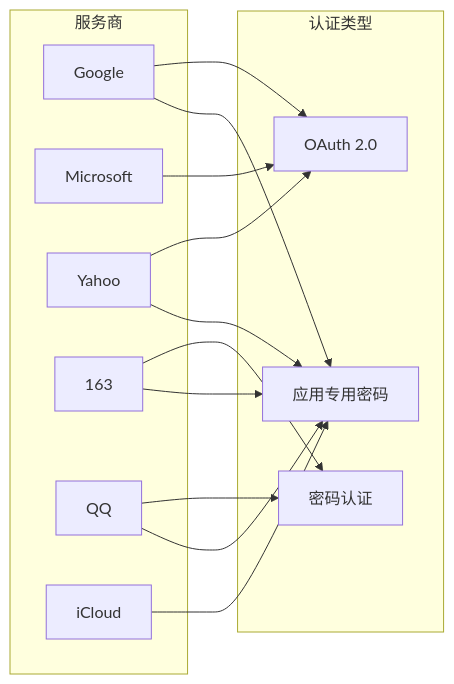
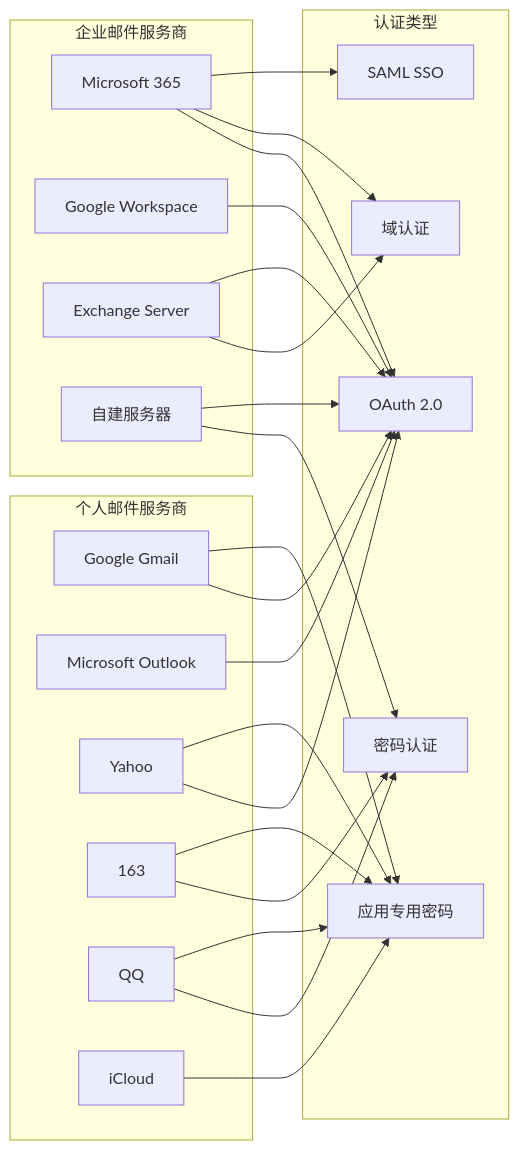
One commit to spartajet/postium-mail changed the fifth of 29 diagrams in docs/mail-flow-engine-design.md. Above: the diagram before and after it, drawn with Mermaid. The commit also changed other lines of this file and 1 other file, not shown here.

First line of the commit message:
Add enterprise email support to mail flow engine design

````diff
--- a/docs/mail-flow-engine-design.md
+++ b/docs/mail-flow-engine-design.md
@@ -269,28 +400,46 @@
 ```mermaid
 graph LR
     subgraph AuthTypes["认证类型"]
         Password[密码认证]
         OAuth2[OAuth 2.0]
         AppPassword[应用专用密码]
+        DomainAuth[域认证]
+        SAML[SAML SSO]
     end
 
-    subgraph Providers["服务商"]
-        Google[Google]
-        Microsoft[Microsoft]
+    subgraph PersonalProviders["个人邮件服务商"]
+        Google[Google Gmail]
+        Microsoft[Microsoft Outlook]
         Yahoo[Yahoo]
         N163[163]
         QQ[QQ]
         iCloud[iCloud]
+    end
+
+    subgraph EnterpriseProviders["企业邮件服务商"]
+        M365[Microsoft 365]
+        GW[Google Workspace]
+        Exchange[Exchange Server]
+        Custom[自建服务器]
     end
 
     Google --> OAuth2
     Google --> AppPassword
     Microsoft --> OAuth2
     Yahoo --> OAuth2
     Yahoo --> AppPassword
     N163 --> Password
     N163 --> AppPassword
     QQ --> Password
     QQ --> AppPassword
     iCloud --> AppPassword
+    
+    M365 --> OAuth2
+    M365 --> DomainAuth
+    M365 --> SAML
+    GW --> OAuth2
+    Exchange --> DomainAuth
+    Exchange --> OAuth2
+    Custom --> Password
+    Custom --> OAuth2
 ```
````
